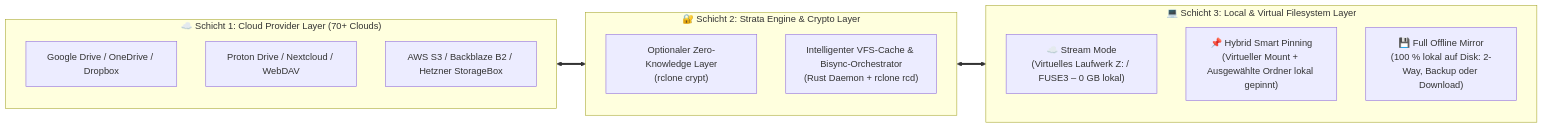
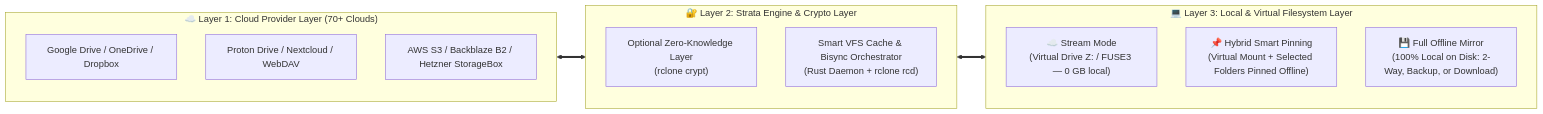
Before and after one commit to SolidStateNetwork/Strata: the diagram in architecture/00-product-vision.md, drawn with Mermaid. The commit also changed other lines of this file and 28 other files, not shown here.

````diff
--- a/architecture/00-product-vision.md
+++ b/architecture/00-product-vision.md
@@ -15,21 +15,21 @@
 ```mermaid
 flowchart LR
-    subgraph Layer1["☁️ Schicht 1: Cloud Provider Layer (70+ Clouds)"]
+    subgraph Layer1["☁️ Layer 1: Cloud Provider Layer (70+ Clouds)"]
         C1["Google Drive / OneDrive / Dropbox"]
         C2["Proton Drive / Nextcloud / WebDAV"]
         C3["AWS S3 / Backblaze B2 / Hetzner StorageBox"]
     end
 
-    subgraph Layer2["🔐 Schicht 2: Strata Engine & Crypto Layer"]
-        Crypt["Optionaler Zero-Knowledge Layer\n(rclone crypt)"]
-        VFS["Intelligenter VFS-Cache & Bisync-Orchestrator\n(Rust Daemon + rclone rcd)"]
+    subgraph Layer2["🔐 Layer 2: Strata Engine & Crypto Layer"]
+        Crypt["Optional Zero-Knowledge Layer\n(rclone crypt)"]
+        VFS["Smart VFS Cache & Bisync Orchestrator\n(Rust Daemon + rclone rcd)"]
     end
 
-    subgraph Layer3["💻 Schicht 3: Local & Virtual Filesystem Layer"]
-        M1["☁️ Stream Mode\n(Virtuelles Laufwerk Z: / FUSE3 – 0 GB lokal)"]
-        M2["📌 Hybrid Smart Pinning\n(Virtueller Mount + Ausgewählte Ordner lokal gepinnt)"]
-        M3["💾 Full Offline Mirror\n(100 % lokal auf Disk: 2-Way, Backup oder Download)"]
+    subgraph Layer3["💻 Layer 3: Local & Virtual Filesystem Layer"]
+        M1["☁️ Stream Mode\n(Virtual Drive Z: / FUSE3 — 0 GB local)"]
+        M2["📌 Hybrid Smart Pinning\n(Virtual Mount + Selected Folders Pinned Offline)"]
+        M3["💾 Full Offline Mirror\n(100% Local on Disk: 2-Way, Backup, or Download)"]
     end
 
     Layer1 <==> Layer2 <==> Layer3
 ```
````
